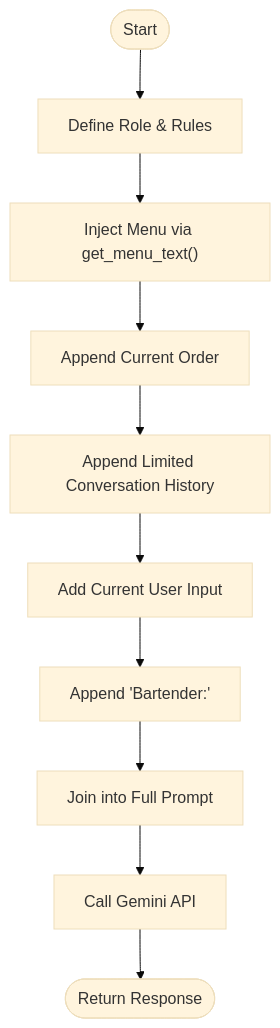
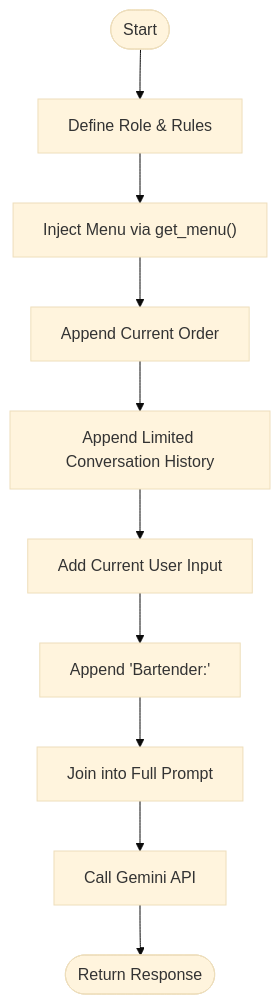
Before and after one commit to MOK-5-ha/MayaBartendingAgent: the third of 4 diagrams in .qoder/repowiki/en/content/AI Integration/Prompt Engineering Strategy.md, drawn with Mermaid (base theme). The commit also changed other lines of this file and 14 other files, not shown here.

````diff
--- a/.qoder/repowiki/en/content/AI Integration/Prompt Engineering Strategy.md
+++ b/.qoder/repowiki/en/content/AI Integration/Prompt Engineering Strategy.md
@@ -100,12 +117,12 @@
 ```mermaid
 flowchart TD
 Start([Start]) --> Role["Define Role & Rules"]
-Role --> Menu["Inject Menu via get_menu_text()"]
+Role --> Menu["Inject Menu via get_menu()"]
 Menu --> Order["Append Current Order"]
 Order --> History["Append Limited Conversation History"]
 History --> UserInput["Add Current User Input"]
 UserInput --> BartenderPrompt["Append 'Bartender:'"]
 BartenderPrompt --> FullPrompt["Join into Full Prompt"]
 FullPrompt --> CallGemini["Call Gemini API"]
 CallGemini --> End([Return Response])
 ```
````
